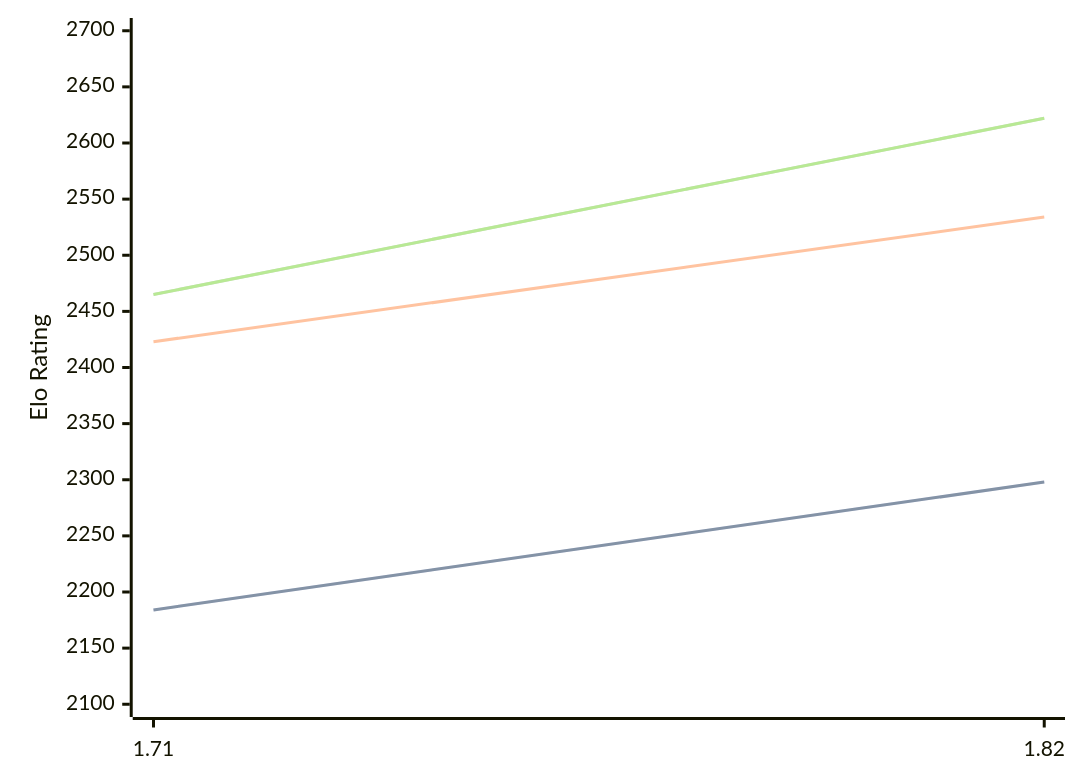
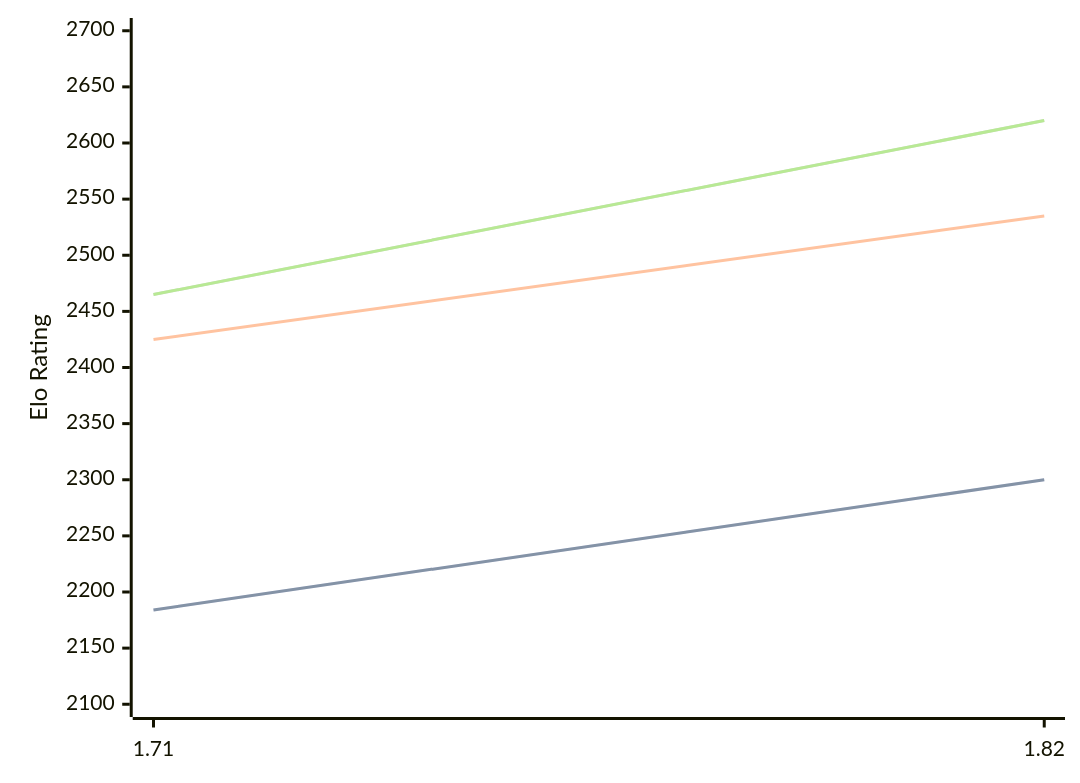
The diagram in engines/Amira.md (computer-chess-index/cci), drawn with Mermaid before and after one commit. The commit also changed other lines of this file, not shown here.

Commit message:
Update CCI Ratings (ELO VLTC) - 2026-08-23

````diff
--- a/engines/Amira.md
+++ b/engines/Amira.md
@@ -32,11 +32,11 @@
 ```mermaid
 %%{init: {"theme":"base","themeVariables":{"seriesColors:['#a3a3a3','#222221','#faa371']}}}%%
 xychart-beta
   x-axis ["1.71", "1.82"]
   y-axis "Elo Rating" 2100 --> 2700
-  line "STC (8.0+0.08s)" [2184, 2298]
-  line "STC (8.0+0.08s)" [2184, 2298]
-  line "LTC (60.0+0.60s)" [2423, 2534]
-  line "VLTC (2m24s+1.12s)" [2465, 2622]
-  line "VLTC (2m24s+1.12s)" [2465, 2622]
+  line "STC (8.0+0.08s)" [2184, 2300]
+  line "STC (8.0+0.08s)" [2184, 2300]
+  line "LTC (60.0+0.60s)" [2425, 2535]
+  line "VLTC (2m24s+1.12s)" [2465, 2620]
+  line "VLTC (2m24s+1.12s)" [2465, 2620]
 ```
````
